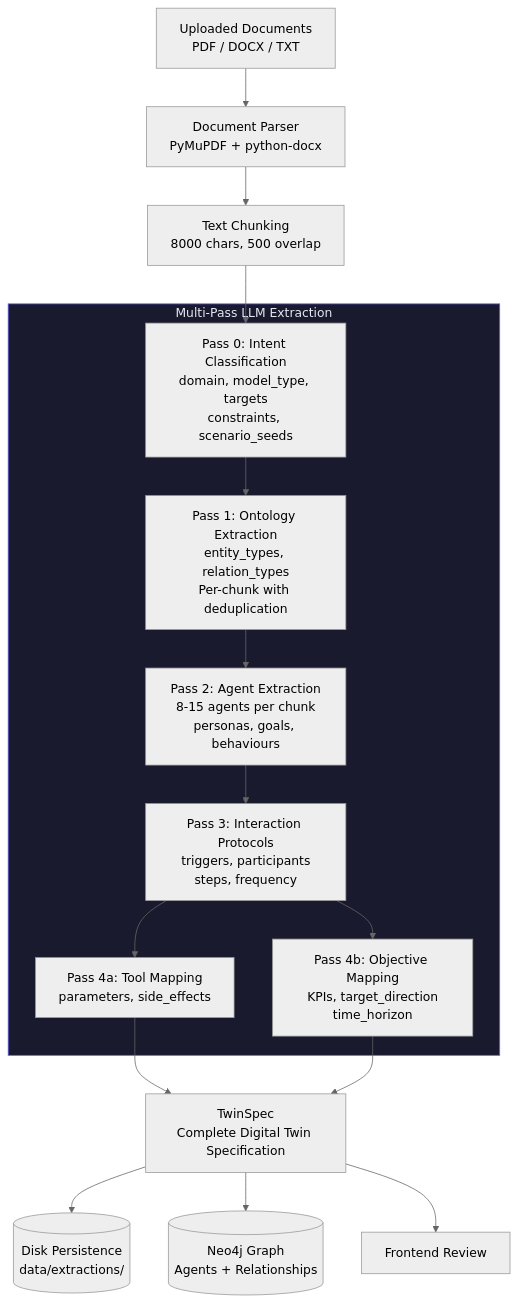
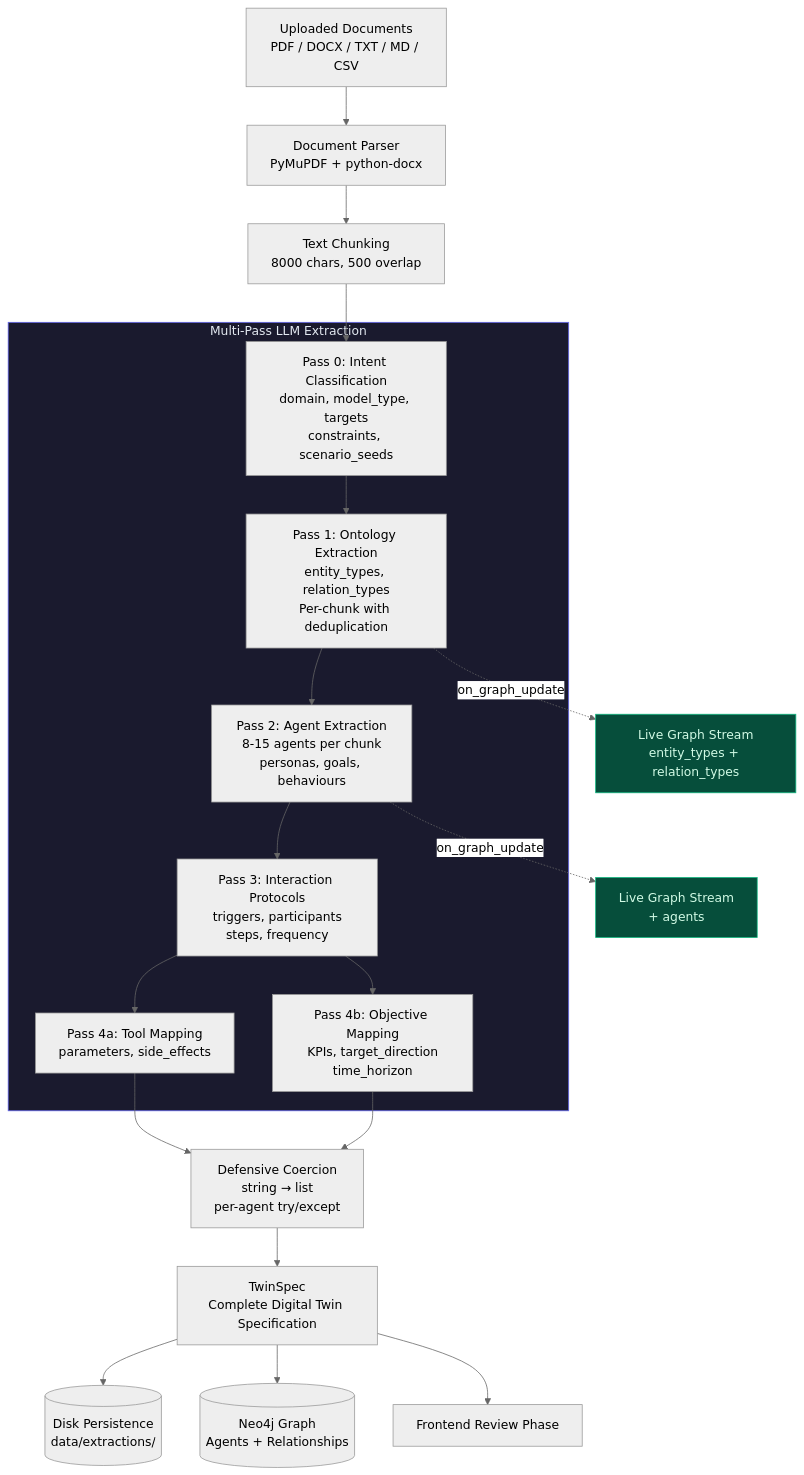
One commit to anandarupmukherjee/WeaveX changed the fourth of 15 diagrams in README.md. Above: the diagram before and after it, drawn with Mermaid (neutral theme). The commit also changed other lines of this file, not shown here.

First line of the commit message:
Update README with detailed flowcharts for all pipelines

````diff
--- a/README.md
+++ b/README.md
@@ -204,25 +245,31 @@
 ```mermaid
 flowchart TD
-    DOC[Uploaded Documents<br/>PDF / DOCX / TXT] --> PARSE[Document Parser<br/>PyMuPDF + python-docx]
+    DOC[Uploaded Documents<br/>PDF / DOCX / TXT / MD / CSV] --> PARSE[Document Parser<br/>PyMuPDF + python-docx]
     PARSE --> CHUNK[Text Chunking<br/>8000 chars, 500 overlap]
     CHUNK --> P0
 
     subgraph Pipeline["Multi-Pass LLM Extraction"]
         P0[Pass 0: Intent Classification<br/>domain, model_type, targets<br/>constraints, scenario_seeds]
         P1[Pass 1: Ontology Extraction<br/>entity_types, relation_types<br/>Per-chunk with deduplication]
         P2[Pass 2: Agent Extraction<br/>8-15 agents per chunk<br/>personas, goals, behaviours]
         P3[Pass 3: Interaction Protocols<br/>triggers, participants<br/>steps, frequency]
         P4A[Pass 4a: Tool Mapping<br/>parameters, side_effects]
         P4B[Pass 4b: Objective Mapping<br/>KPIs, target_direction<br/>time_horizon]
 
         P0 --> P1 --> P2 --> P3 --> P4A & P4B
     end
 
-    P4A & P4B --> SPEC[TwinSpec<br/>Complete Digital Twin Specification]
+    P1 -.->|on_graph_update| LIVE[Live Graph Stream<br/>entity_types + relation_types]
+    P2 -.->|on_graph_update| LIVE2[Live Graph Stream<br/>+ agents]
+
+    P4A & P4B --> COERCE[Defensive Coercion<br/>string → list<br/>per-agent try/except]
+    COERCE --> SPEC[TwinSpec<br/>Complete Digital Twin Specification]
 
     SPEC --> DISK[(Disk Persistence<br/>data/extractions/)]
     SPEC --> NEO[(Neo4j Graph<br/>Agents + Relationships)]
-    SPEC --> FE[Frontend Review]
+    SPEC --> FE[Frontend Review Phase]
 
     style Pipeline fill:#1a1a2e,stroke:#6366f1,color:#e2e8f0
+    style LIVE fill:#064e3b,stroke:#10b981,color:#d1fae5
+    style LIVE2 fill:#064e3b,stroke:#10b981,color:#d1fae5
 ```
````
